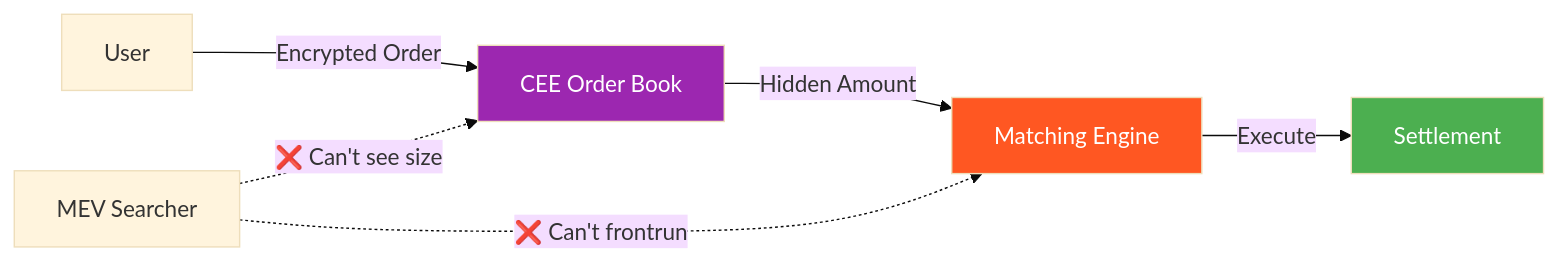
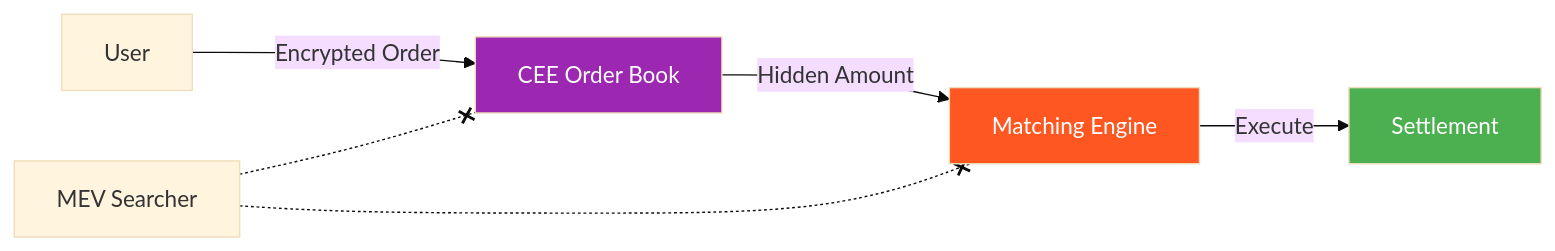
Before and after one commit to Rahul-Prasad-07/Confidential-Economic-Engine: diagram 19 of 21 in README.md, drawn with Mermaid (base theme). The commit also changed other lines of this file, not shown here.

````diff
--- a/README.md
+++ b/README.md
@@ -794,13 +794,13 @@
 ```mermaid
 flowchart LR
     A[User] -->|Encrypted Order| B[CEE Order Book]
     B -->|Hidden Amount| C[Matching Engine]
     C -->|Execute| D[Settlement]
     
-    E[MEV Searcher] -.->|❌ Can't see size| B
-    E -.->|❌ Can't frontrun| C
+    E[MEV Searcher] -.-x B
+    E -.-x C
     
     style B fill:#9C27B0,color:#fff
     style C fill:#FF5722,color:#fff
     style D fill:#4CAF50,color:#fff
 ```
````
